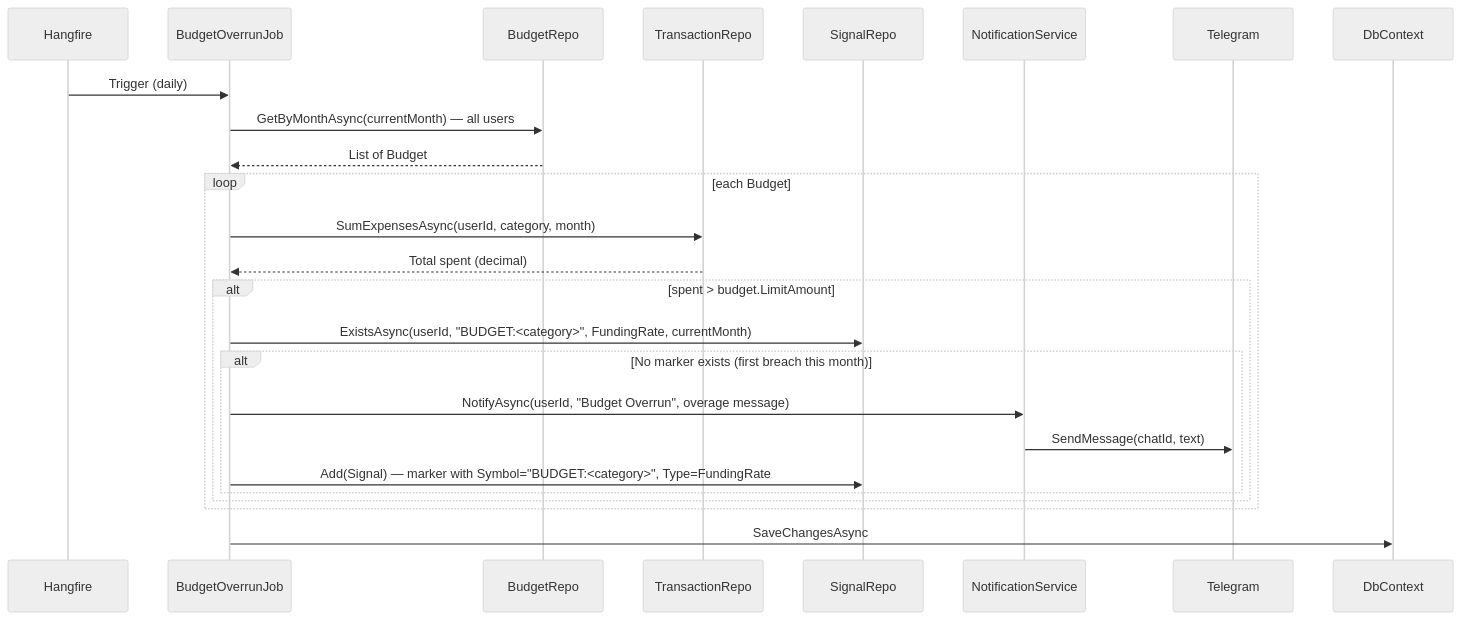
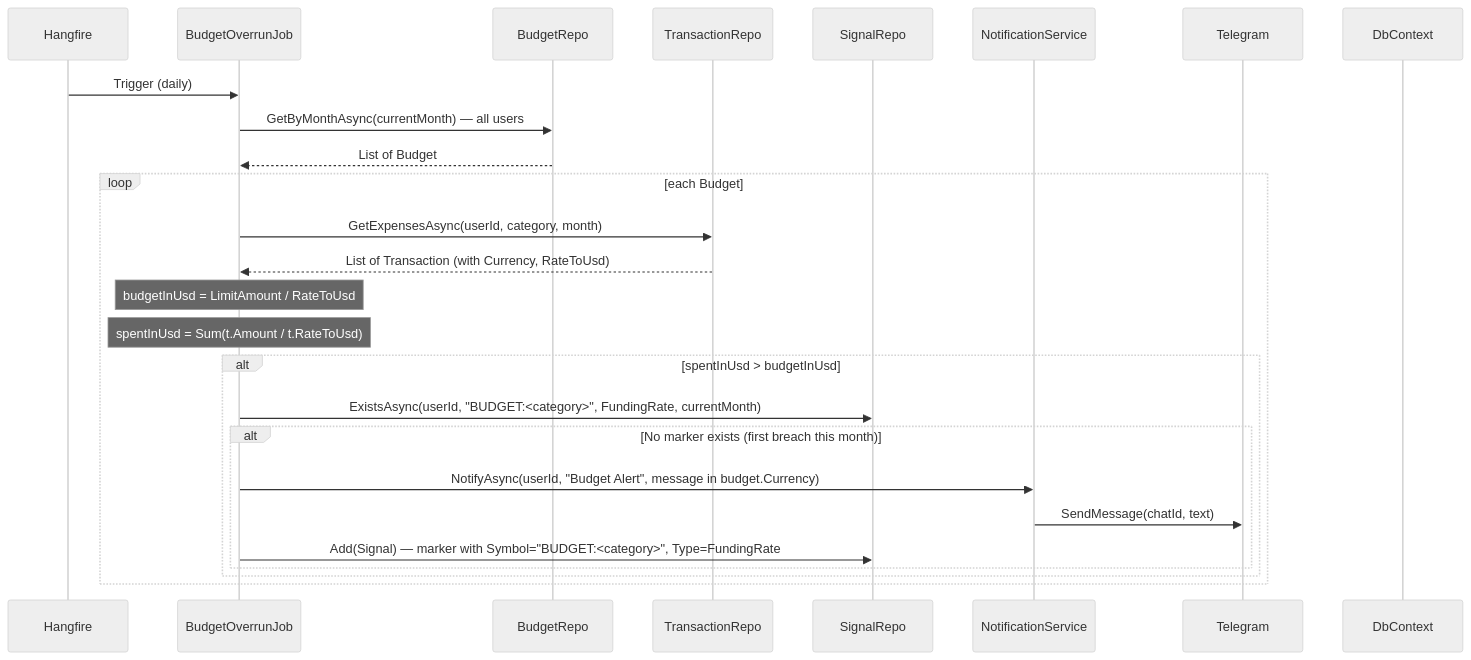
The second of 2 diagrams in docs/architecture/background-jobs.md (KhanhHungVo/FinTrackPro), drawn with Mermaid (neutral theme) before and after one commit. The commit also changed other lines of this file and 6 other files, not shown here.

First line of the commit message:
docs: document multi-currency and ExchangeRate-API config

````diff
--- a/docs/architecture/background-jobs.md
+++ b/docs/architecture/background-jobs.md
@@ -80,31 +81,32 @@
 ```mermaid
 sequenceDiagram
     participant Hangfire
     participant Job as BudgetOverrunJob
     participant BR as BudgetRepo
     participant TR as TransactionRepo
     participant SR as SignalRepo
     participant NS as NotificationService
     participant Telegram
     participant DB as DbContext
 
     Hangfire->>Job: Trigger (daily)
     Job->>BR: GetByMonthAsync(currentMonth) — all users
     BR-->>Job: List of Budget
 
     loop each Budget
-        Job->>TR: SumExpensesAsync(userId, category, month)
-        TR-->>Job: Total spent (decimal)
+        Job->>TR: GetExpensesAsync(userId, category, month)
+        TR-->>Job: List of Transaction (with Currency, RateToUsd)
 
-        alt spent > budget.LimitAmount
+        Note over Job: budgetInUsd = LimitAmount / RateToUsd
+        Note over Job: spentInUsd = Sum(t.Amount / t.RateToUsd)
+
+        alt spentInUsd > budgetInUsd
             Job->>SR: ExistsAsync(userId, "BUDGET:<category>", FundingRate, currentMonth)
             alt No marker exists (first breach this month)
-                Job->>NS: NotifyAsync(userId, "Budget Overrun", overage message)
+                Job->>NS: NotifyAsync(userId, "Budget Alert", message in budget.Currency)
                 NS->>Telegram: SendMessage(chatId, text)
                 Job->>SR: Add(Signal) — marker with Symbol="BUDGET:<category>", Type=FundingRate
             end
         end
     end
-
-    Job->>DB: SaveChangesAsync
 ```
````
